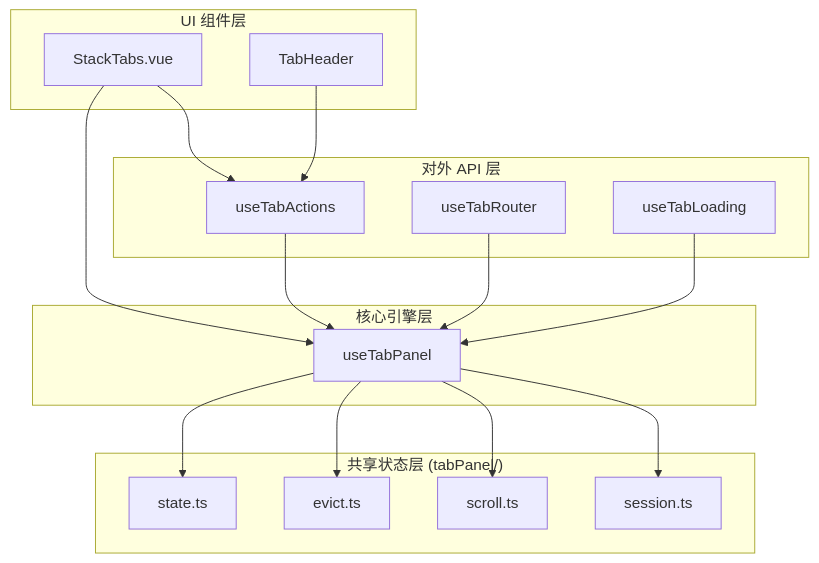
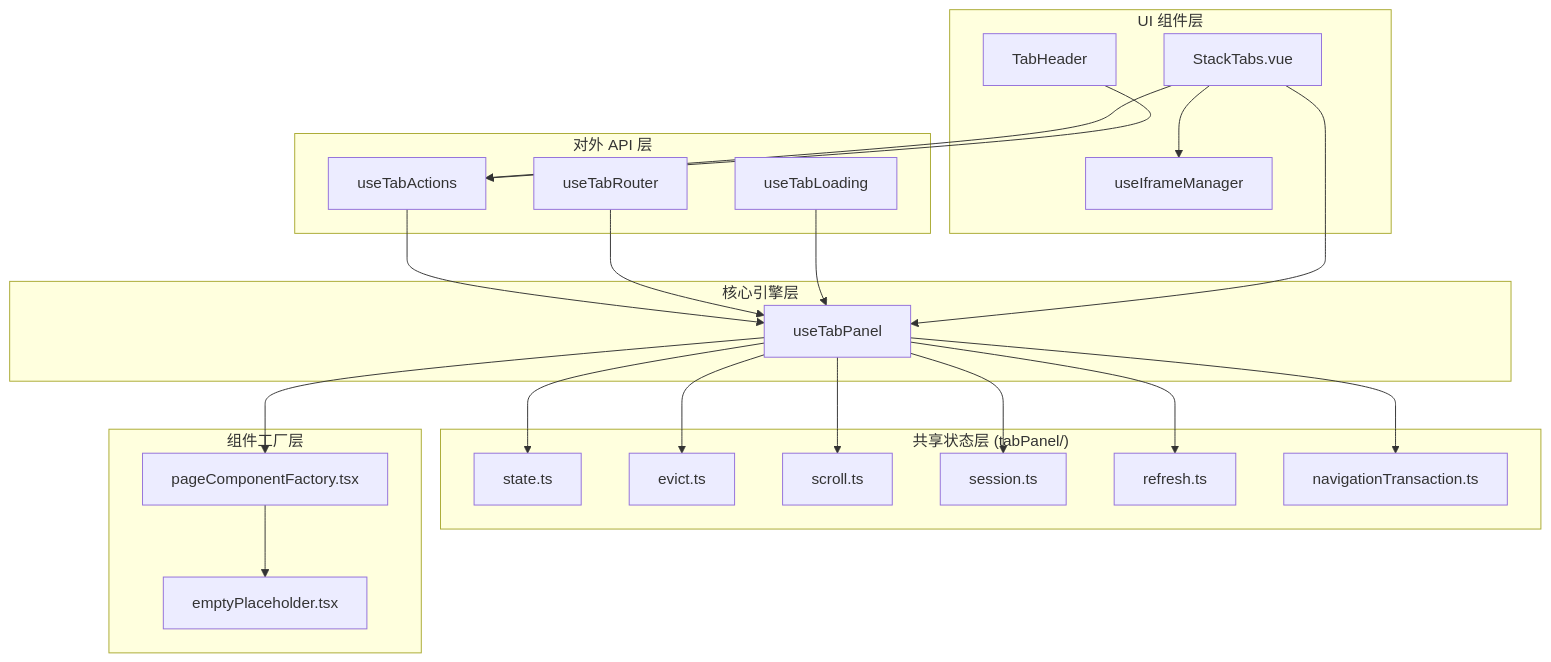
Before and after one commit to jktantan/vue-stack-tabs: the second of 5 diagrams in ARCHITECTURE.md, drawn with Mermaid. The commit also changed other lines of this file and 6 other files, not shown here.

````diff
--- a/ARCHITECTURE.md
+++ b/ARCHITECTURE.md
@@ -76,32 +76,44 @@
 ```mermaid
 graph TB
     subgraph "对外 API 层"
         A["useTabActions"]
         R["useTabRouter"]
         L["useTabLoading"]
     end
     subgraph "核心引擎层"
         P["useTabPanel"]
     end
     subgraph "共享状态层 (tabPanel/)"
         S["state.ts"]
         E["evict.ts"]
         SC["scroll.ts"]
         SE["session.ts"]
+        RF["refresh.ts"]
+        NT["navigationTransaction.ts"]
+    end
+    subgraph "组件工厂层"
+        PCF["pageComponentFactory.tsx"]
+        EP["emptyPlaceholder.tsx"]
     end
     subgraph "UI 组件层"
         ST["StackTabs.vue"]
         TH["TabHeader"]
+        IFM["useIframeManager"]
     end
 
     A --> P
     R --> P
     L --> P
     ST --> P
     ST --> A
     TH --> A
     P --> S
     P --> E
     P --> SC
     P --> SE
+    P --> RF
+    P --> NT
+    P --> PCF
+    PCF --> EP
+    ST --> IFM
 ```
````
